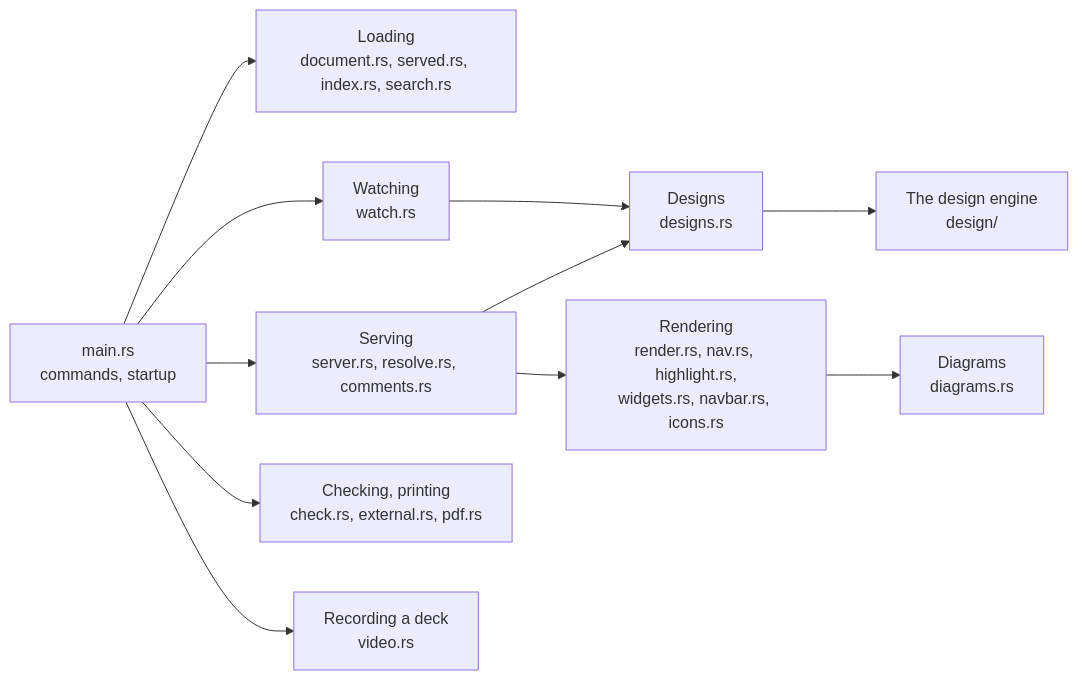
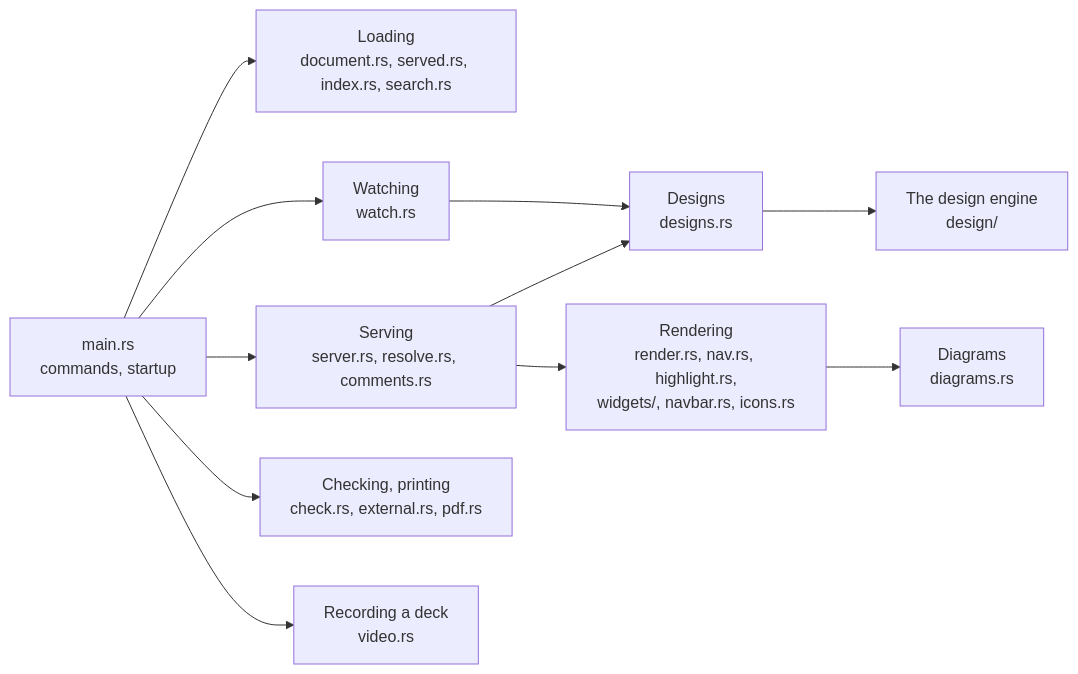
Before and after one commit to andrei512/devpage: the diagram in docs/boxes/engineering/code-map/README.md, drawn with Mermaid. The commit also changed other lines of this file and 16 other files, not shown here.

````diff
--- a/docs/boxes/engineering/code-map/README.md
+++ b/docs/boxes/engineering/code-map/README.md
@@ -16,23 +16,23 @@
 ```mermaid
 flowchart LR
   main["main.rs<br/>commands, startup"] --> load["Loading<br/>document.rs, served.rs, index.rs, search.rs"]
   main --> watch["Watching<br/>watch.rs"]
   main --> serve["Serving<br/>server.rs, resolve.rs, comments.rs"]
-  serve --> render["Rendering<br/>render.rs, nav.rs, highlight.rs,<br/>widgets.rs, navbar.rs, icons.rs"]
+  serve --> render["Rendering<br/>render.rs, nav.rs, highlight.rs,<br/>widgets/, navbar.rs, icons.rs"]
   render --> diagrams["Diagrams<br/>diagrams.rs"]
   main --> other["Checking, printing<br/>check.rs, external.rs, pdf.rs"]
   main --> video["Recording a deck<br/>video.rs"]
   watch --> designs["Designs<br/>designs.rs"]
   serve --> designs
   designs --> engine["The design engine<br/>design/"]
   click main href "#how-main-wires-it-together" "How main wires it together"
   click load href "../../viewer/document-index/README.md" "Which document a file belongs to"
   click watch href "../../viewer/live-updates/README.md#the-watcher" "The watcher"
   click serve href "../../viewer/serving-pages/README.md" "Serving pages"
   click render href "../../viewer/rendering-a-page/README.md" "Rendering a page"
   click diagrams href "../../viewer/diagrams/README.md#the-diagram-engine" "The diagram engine"
   click other href "../../viewer/checking-links/README.md" "Checking links"
   click video href "../../viewer/making-a-video/README.md" "Making a video"
   click designs href "../../viewer/design-engine/README.md#in-the-server" "The design engine in the server"
   click engine href "../../viewer/design-engine/README.md" "The design engine"
 ```
````
